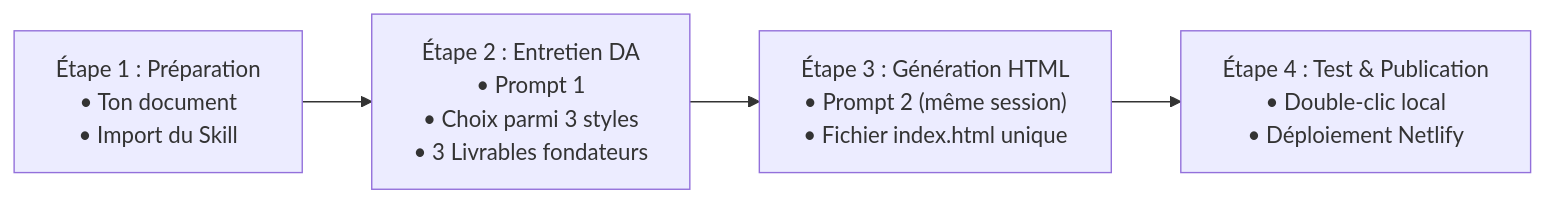
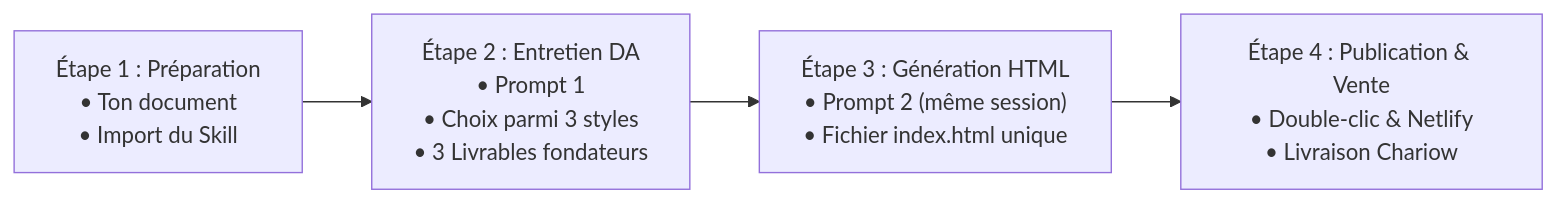
Before and after one commit to Kreesten-hsh/AI_CREATOR_STUDIO: the diagram in docs/guides/GUIDE-PARCOURS-APPRENANT.md, drawn with Mermaid. The commit also changed other lines of this file and 39 other files, not shown here.

````diff
--- a/docs/guides/GUIDE-PARCOURS-APPRENANT.md
+++ b/docs/guides/GUIDE-PARCOURS-APPRENANT.md
@@ -20,9 +20,9 @@
 ```mermaid
 flowchart LR
     E1["Étape 1 : Préparation<br>• Ton document<br>• Import du Skill"]
     E2["Étape 2 : Entretien DA<br>• Prompt 1<br>• Choix parmi 3 styles<br>• 3 Livrables fondateurs"]
     E3["Étape 3 : Génération HTML<br>• Prompt 2 (même session)<br>• Fichier index.html unique"]
-    E4["Étape 4 : Test & Publication<br>• Double-clic local<br>• Déploiement Netlify"]
+    E4["Étape 4 : Publication & Vente<br>• Double-clic & Netlify<br>• Livraison Chariow"]
 
     E1 --> E2 --> E3 --> E4
 ```
````
